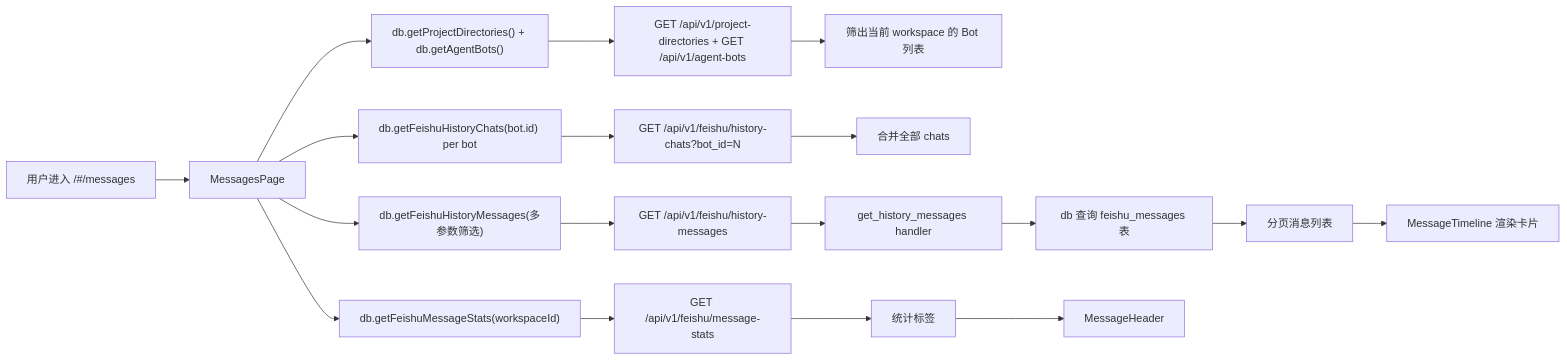
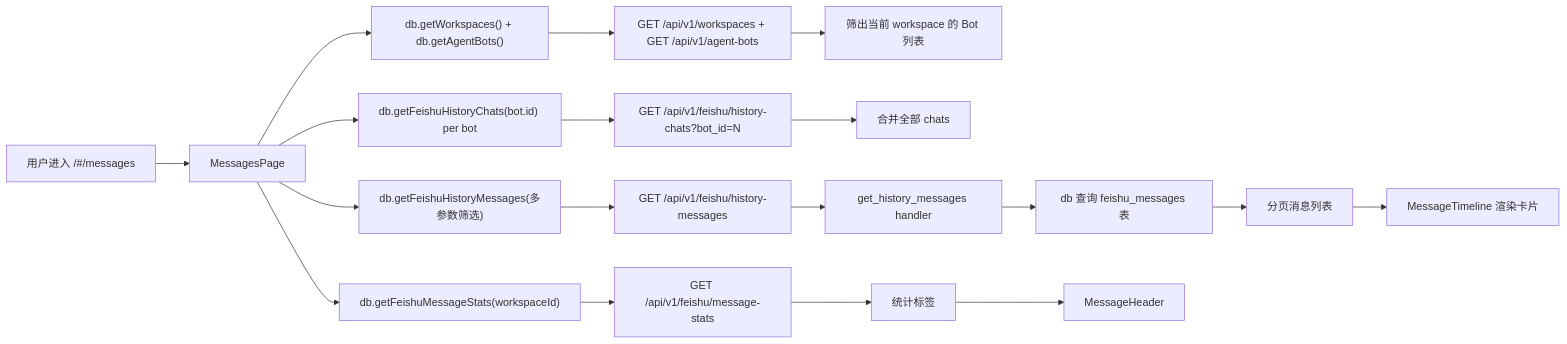
The diagram in frontend/src/help/pages/messages.md (weibaohui/ntd), drawn with Mermaid before and after one commit. The commit also changed other lines of this file and 122 other files, not shown here.

````diff
--- a/frontend/src/help/pages/messages.md
+++ b/frontend/src/help/pages/messages.md
@@ -15,20 +15,20 @@
 ```mermaid
 flowchart LR
   U[用户进入 /#/messages] --> MP[MessagesPage]
-  MP --> EFF1["db.getProjectDirectories() + db.getAgentBots()"]
-  EFF1 --> API1["GET /api/v1/project-directories + GET /api/v1/agent-bots"]
+  MP --> EFF1["db.getWorkspaces() + db.getAgentBots()"]
+  EFF1 --> API1["GET /api/v1/workspaces + GET /api/v1/agent-bots"]
   API1 --> WS[筛出当前 workspace 的 Bot 列表]
   MP --> EFF2["db.getFeishuHistoryChats(bot.id) per bot"]
   EFF2 --> API2["GET /api/v1/feishu/history-chats?bot_id=N"]
   API2 --> CH[合并全部 chats]
   MP --> EFF3["db.getFeishuHistoryMessages(多参数筛选)"]
   EFF3 --> API3["GET /api/v1/feishu/history-messages"]
   API3 --> H1[get_history_messages handler]
   H1 --> DAO1[db 查询 feishu_messages 表]
   DAO1 --> MSG[分页消息列表]
   MSG --> TL[MessageTimeline 渲染卡片]
   MP --> EFF4["db.getFeishuMessageStats(workspaceId)"]
   EFF4 --> API4["GET /api/v1/feishu/message-stats"]
   API4 --> STATS[统计标签]
   STATS --> HDR[MessageHeader]
 ```
````
